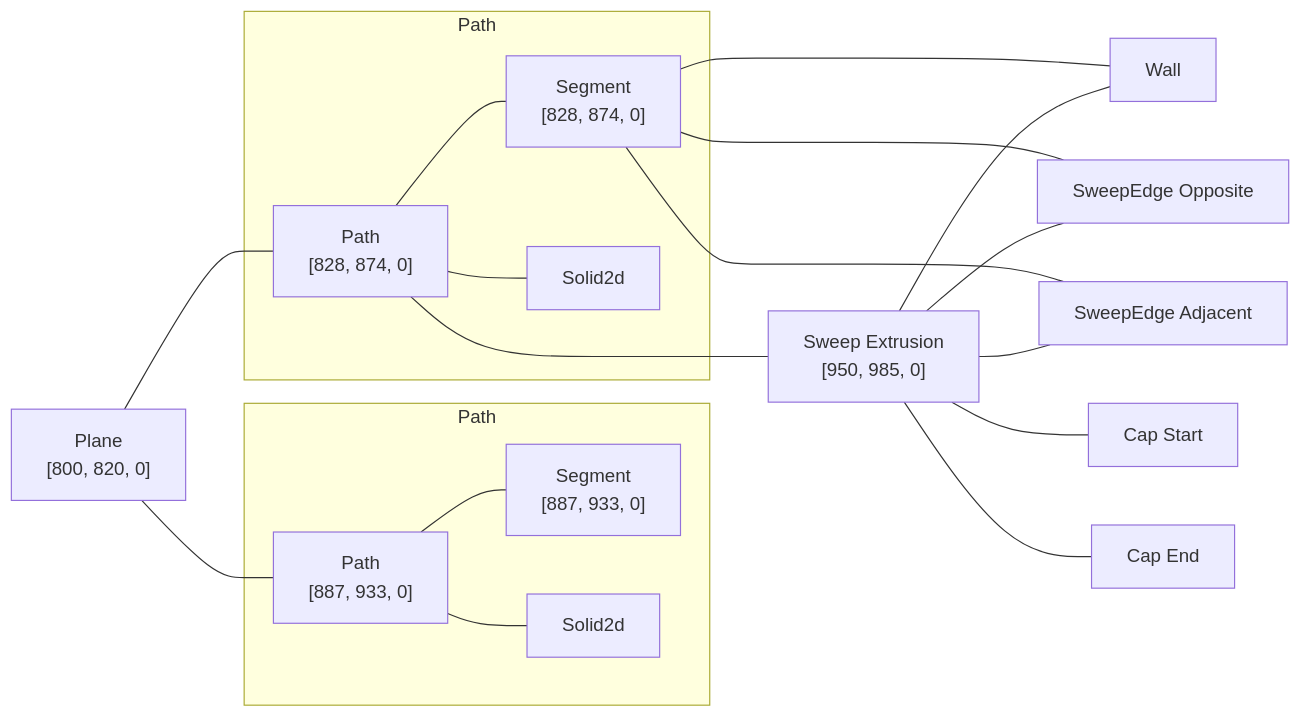
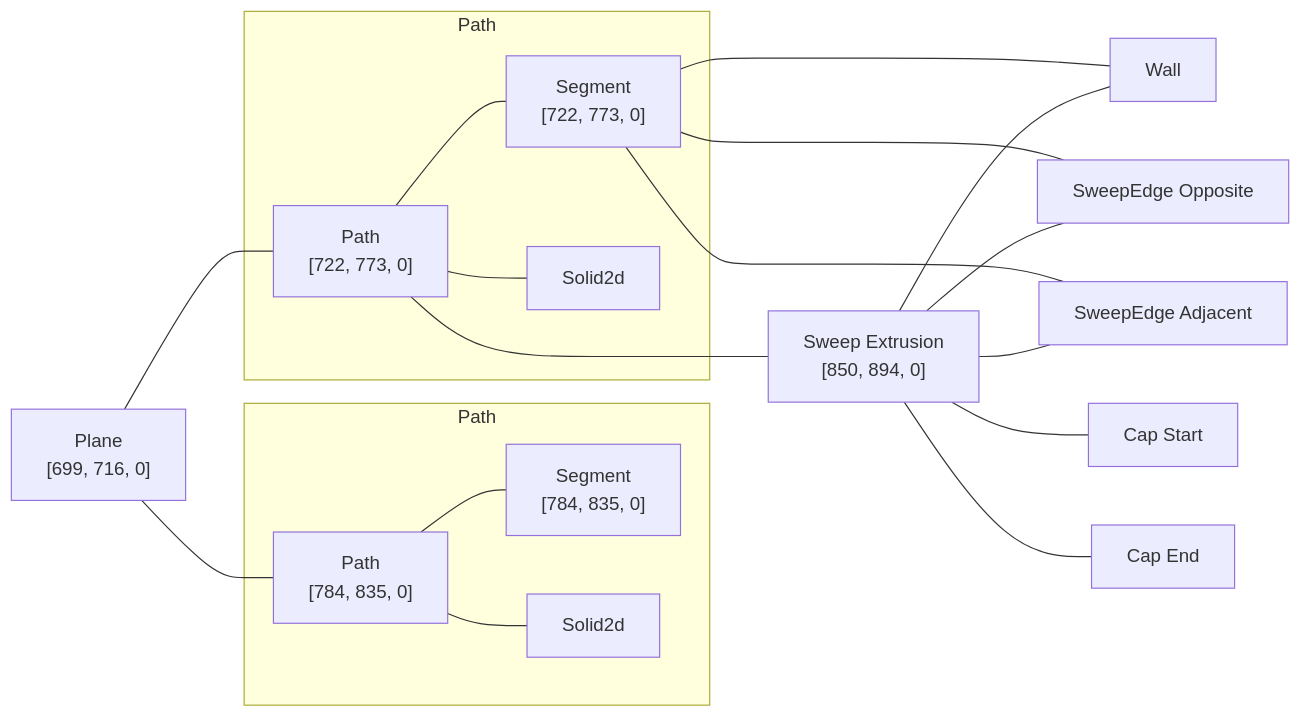
Before and after one commit to KittyCAD/modeling-app: the diagram in rust/kcl-lib/tests/kcl_samples/washer/artifact_graph_flowchart.snap.md, drawn with Mermaid. The commit also changed 122 other files, not shown here.

````diff
--- a/rust/kcl-lib/tests/kcl_samples/washer/artifact_graph_flowchart.snap.md
+++ b/rust/kcl-lib/tests/kcl_samples/washer/artifact_graph_flowchart.snap.md
@@ -1,35 +1,35 @@
 ```mermaid
 flowchart LR
   subgraph path2 [Path]
-    2["Path<br>[828, 874, 0]"]
-    3["Segment<br>[828, 874, 0]"]
+    2["Path<br>[722, 773, 0]"]
+    3["Segment<br>[722, 773, 0]"]
     4[Solid2d]
   end
   subgraph path5 [Path]
-    5["Path<br>[887, 933, 0]"]
-    6["Segment<br>[887, 933, 0]"]
+    5["Path<br>[784, 835, 0]"]
+    6["Segment<br>[784, 835, 0]"]
     7[Solid2d]
   end
-  1["Plane<br>[800, 820, 0]"]
-  8["Sweep Extrusion<br>[950, 985, 0]"]
+  1["Plane<br>[699, 716, 0]"]
+  8["Sweep Extrusion<br>[850, 894, 0]"]
   9[Wall]
   10["Cap Start"]
   11["Cap End"]
   12["SweepEdge Opposite"]
   13["SweepEdge Adjacent"]
   1 --- 2
   1 --- 5
   2 --- 3
   2 ---- 8
   2 --- 4
   3 --- 9
   3 --- 12
   3 --- 13
   5 --- 6
   5 --- 7
   8 --- 9
   8 --- 10
   8 --- 11
   8 --- 12
   8 --- 13
 ```
````
